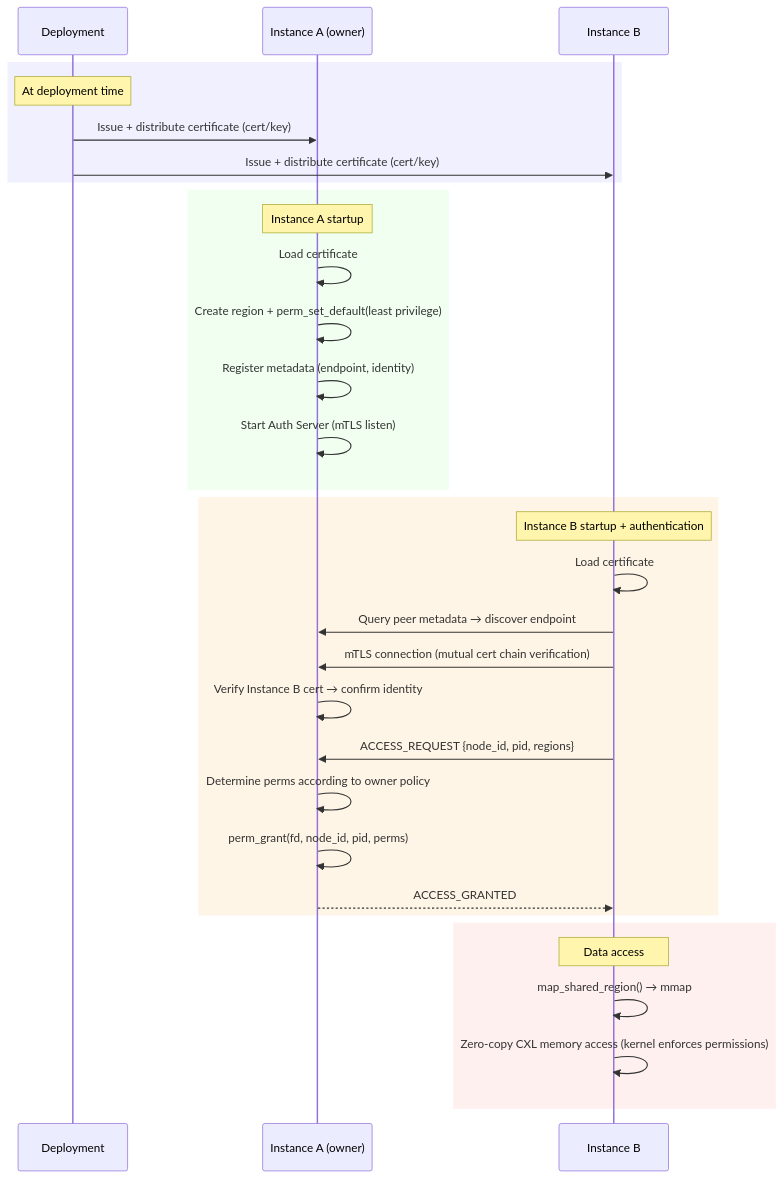
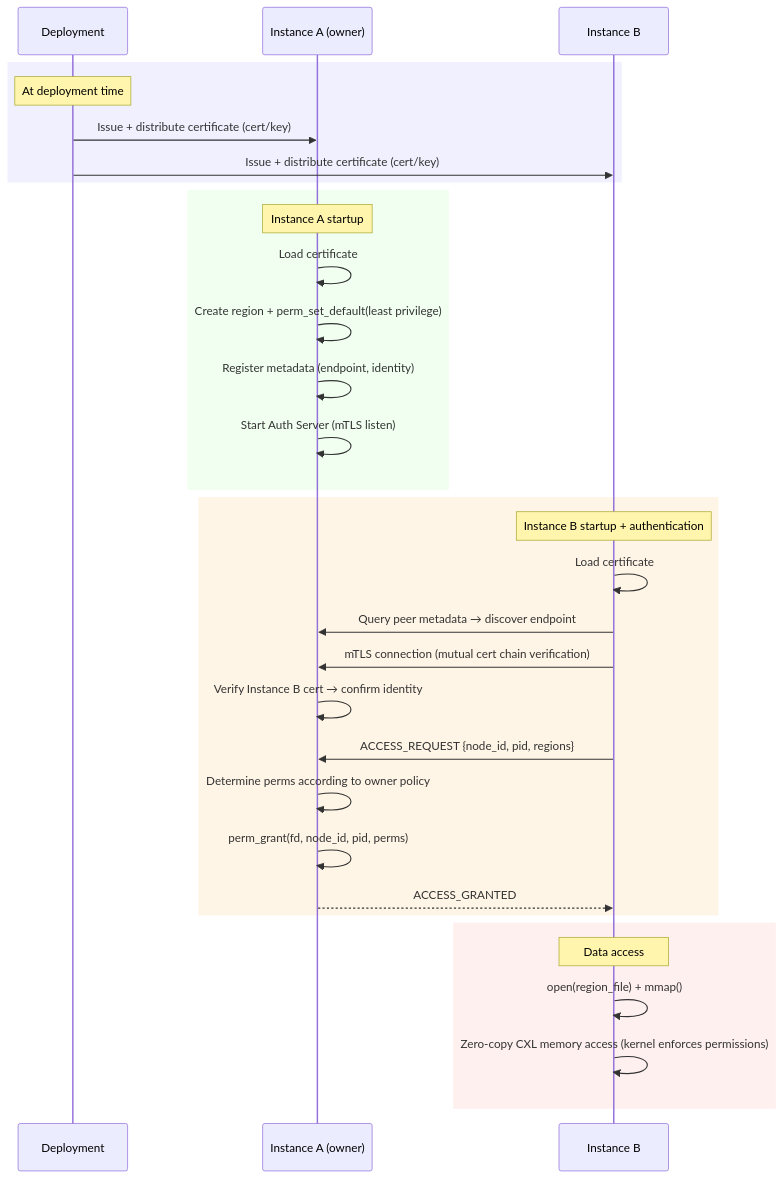
Before and after one commit to xcena-dev/maru: the fourth of 5 diagrams in docs/source/design_doc/mtls_auth_guide.md, drawn with Mermaid. The commit also changed other lines of this file and 1 other file, not shown here.

First line of the commit message:
docs: update marufs and auth docs to reflect hybrid mode architecture

````diff
--- a/docs/source/design_doc/mtls_auth_guide.md
+++ b/docs/source/design_doc/mtls_auth_guide.md
@@ -92,38 +128,38 @@
 ```mermaid
 sequenceDiagram
     participant Deploy as Deployment
     participant A as Instance A (owner)
     participant B as Instance B
 
     rect rgb(240, 240, 255)
     Note over Deploy: At deployment time
     Deploy->>A: Issue + distribute certificate (cert/key)
     Deploy->>B: Issue + distribute certificate (cert/key)
     end
 
     rect rgb(240, 255, 240)
     Note over A: Instance A startup
     A->>A: Load certificate
     A->>A: Create region + perm_set_default(least privilege)
     A->>A: Register metadata (endpoint, identity)
     A->>A: Start Auth Server (mTLS listen)
     end
 
     rect rgb(255, 245, 230)
     Note over B: Instance B startup + authentication
     B->>B: Load certificate
     B->>A: Query peer metadata → discover endpoint
     B->>A: mTLS connection (mutual cert chain verification)
     A->>A: Verify Instance B cert → confirm identity
     B->>A: ACCESS_REQUEST {node_id, pid, regions}
     A->>A: Determine perms according to owner policy
     A->>A: perm_grant(fd, node_id, pid, perms)
     A-->>B: ACCESS_GRANTED
     end
 
     rect rgb(255, 240, 240)
     Note over B: Data access
-    B->>B: map_shared_region() → mmap
+    B->>B: open(region_file) + mmap()
     B->>B: Zero-copy CXL memory access (kernel enforces permissions)
     end
 ```
````
